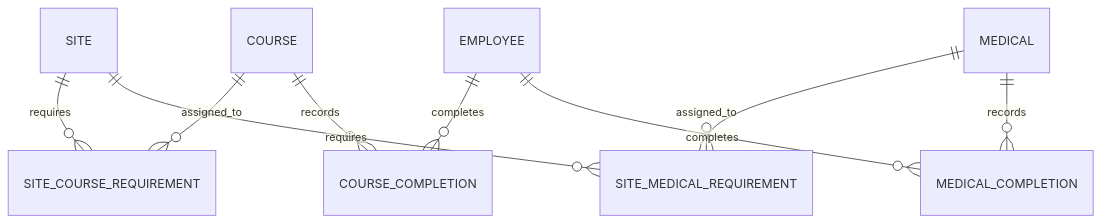
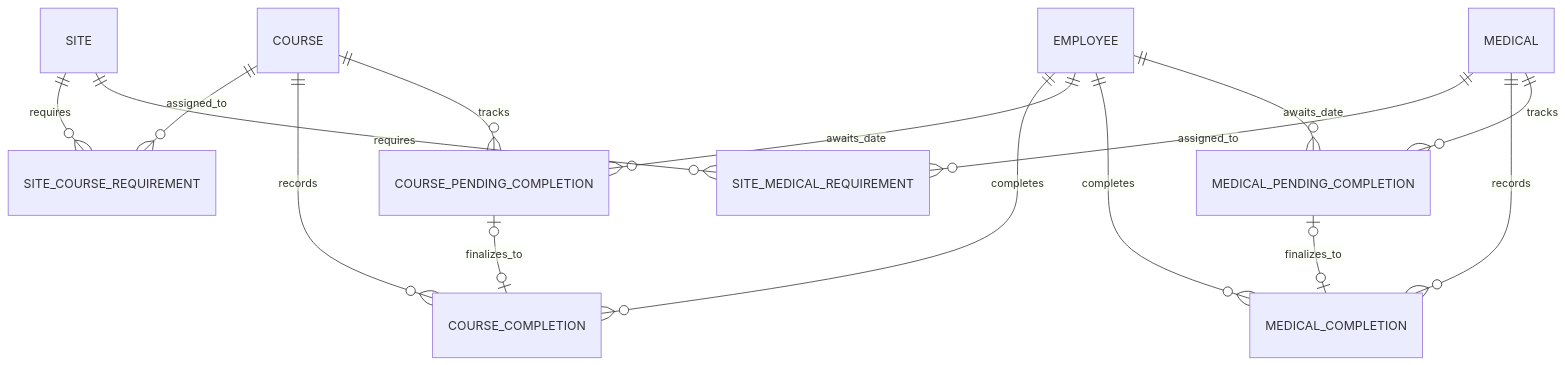
One commit to alexpower9/training-management-demo changed the diagram in docs/database-design.md. Above: the diagram before and after it, drawn with Mermaid. The commit also changed other lines of this file and 28 other files, not shown here.

````diff
--- a/docs/database-design.md
+++ b/docs/database-design.md
@@ -42,11 +44,17 @@
 ```mermaid
 erDiagram
     SITE ||--o{ SITE_COURSE_REQUIREMENT : requires
     COURSE ||--o{ SITE_COURSE_REQUIREMENT : assigned_to
     EMPLOYEE ||--o{ COURSE_COMPLETION : completes
     COURSE ||--o{ COURSE_COMPLETION : records
+    EMPLOYEE ||--o{ COURSE_PENDING_COMPLETION : awaits_date
+    COURSE ||--o{ COURSE_PENDING_COMPLETION : tracks
+    COURSE_PENDING_COMPLETION o|--o| COURSE_COMPLETION : finalizes_to
     SITE ||--o{ SITE_MEDICAL_REQUIREMENT : requires
     MEDICAL ||--o{ SITE_MEDICAL_REQUIREMENT : assigned_to
     EMPLOYEE ||--o{ MEDICAL_COMPLETION : completes
     MEDICAL ||--o{ MEDICAL_COMPLETION : records
+    EMPLOYEE ||--o{ MEDICAL_PENDING_COMPLETION : awaits_date
+    MEDICAL ||--o{ MEDICAL_PENDING_COMPLETION : tracks
+    MEDICAL_PENDING_COMPLETION o|--o| MEDICAL_COMPLETION : finalizes_to
 ```
````
